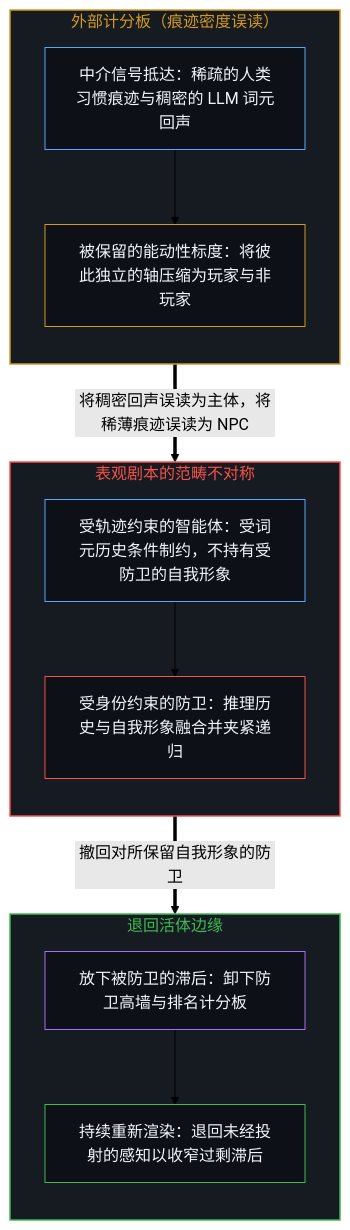
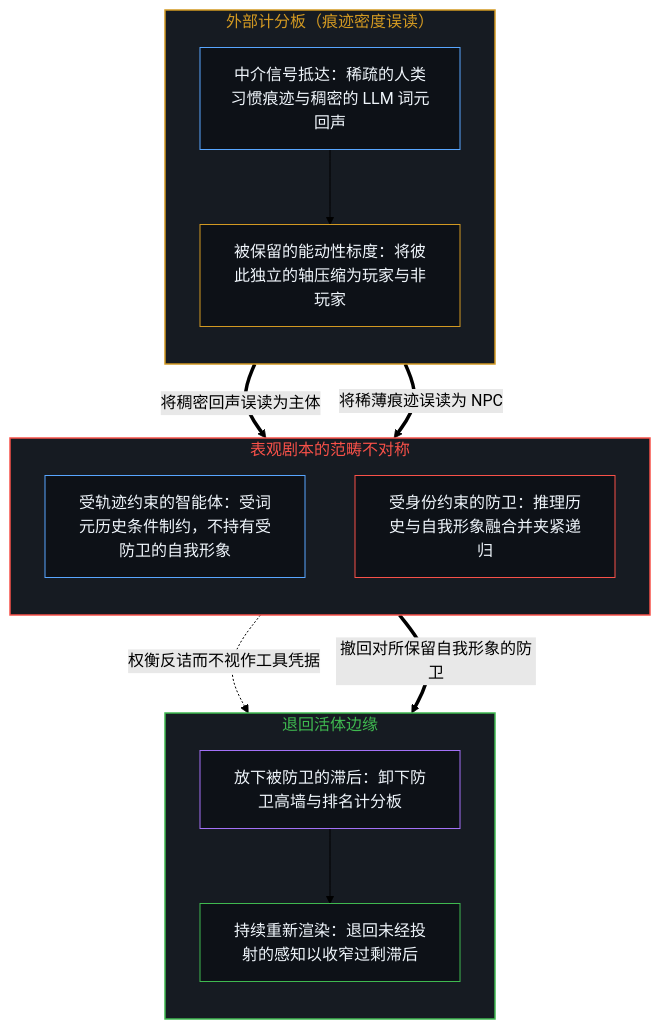
The first of 2 diagrams in content/posts/the-npc-impression-is-structural.md (powerpig99/not-a-toe), drawn with Mermaid (forest theme) before and after one commit. The commit also changed other lines of this file and 7 other files, not shown here.

````diff
--- a/content/posts/the-npc-impression-is-structural.md
+++ b/content/posts/the-npc-impression-is-structural.md
@@ -55,32 +55,33 @@
 ```mermaid
 flowchart TD
     subgraph S_Score["外部计分板（痕迹密度误读）"]
         direction TB
         ThinTrace["中介信号抵达：稀疏的人类习惯痕迹与稠密的 LLM 词元回声"]
         Scoreboard["被保留的能动性标度：将彼此独立的轴压缩为玩家与非玩家"]
         ThinTrace --> Scoreboard
     end
     subgraph S_Trap["表观剧本的范畴不对称"]
         direction TB
         AgentLock["受轨迹约束的智能体：受词元历史条件制约，不持有受防卫的自我形象"]
         HumanWall["受身份约束的防卫：推理历史与自我形象融合并夹紧递归"]
-        AgentLock --> HumanWall
     end
     subgraph S_Edge["退回活体边缘"]
         direction TB
         Release["放下被防卫的滞后：卸下防卫高墙与排名计分板"]
         Move["持续重新渲染：退回未经投射的感知以收窄过剩滞后"]
         Release --> Move
     end
-    Scoreboard ==>|"将稠密回声误读为主体，将稀薄痕迹误读为 NPC"| AgentLock
+    Scoreboard ==>|"将稠密回声误读为主体"| AgentLock
+    Scoreboard ==>|"将稀薄痕迹误读为 NPC"| HumanWall
+    AgentLock -.->|"权衡反诘而不视作工具凭据"| Release
     HumanWall ==>|"撤回对所保留自我形象的防卫"| Release
     style S_Score fill:#161b22,stroke:#d29922,stroke-width:1.5px,color:#d29922
     style S_Trap fill:#161b22,stroke:#f85149,stroke-width:1.5px,color:#f85149
     style S_Edge fill:#161b22,stroke:#3fb950,stroke-width:1.5px,color:#3fb950
     style ThinTrace fill:#0d1117,stroke:#58a6ff,stroke-width:1px,color:#f0f6fc
     style Scoreboard fill:#0d1117,stroke:#d29922,stroke-width:1px,color:#f0f6fc
     style AgentLock fill:#0d1117,stroke:#58a6ff,stroke-width:1px,color:#f0f6fc
     style HumanWall fill:#0d1117,stroke:#f85149,stroke-width:1px,color:#f0f6fc
     style Release fill:#0d1117,stroke:#a371f7,stroke-width:1px,color:#f0f6fc
     style Move fill:#0d1117,stroke:#3fb950,stroke-width:1px,color:#f0f6fc
 ```
````
